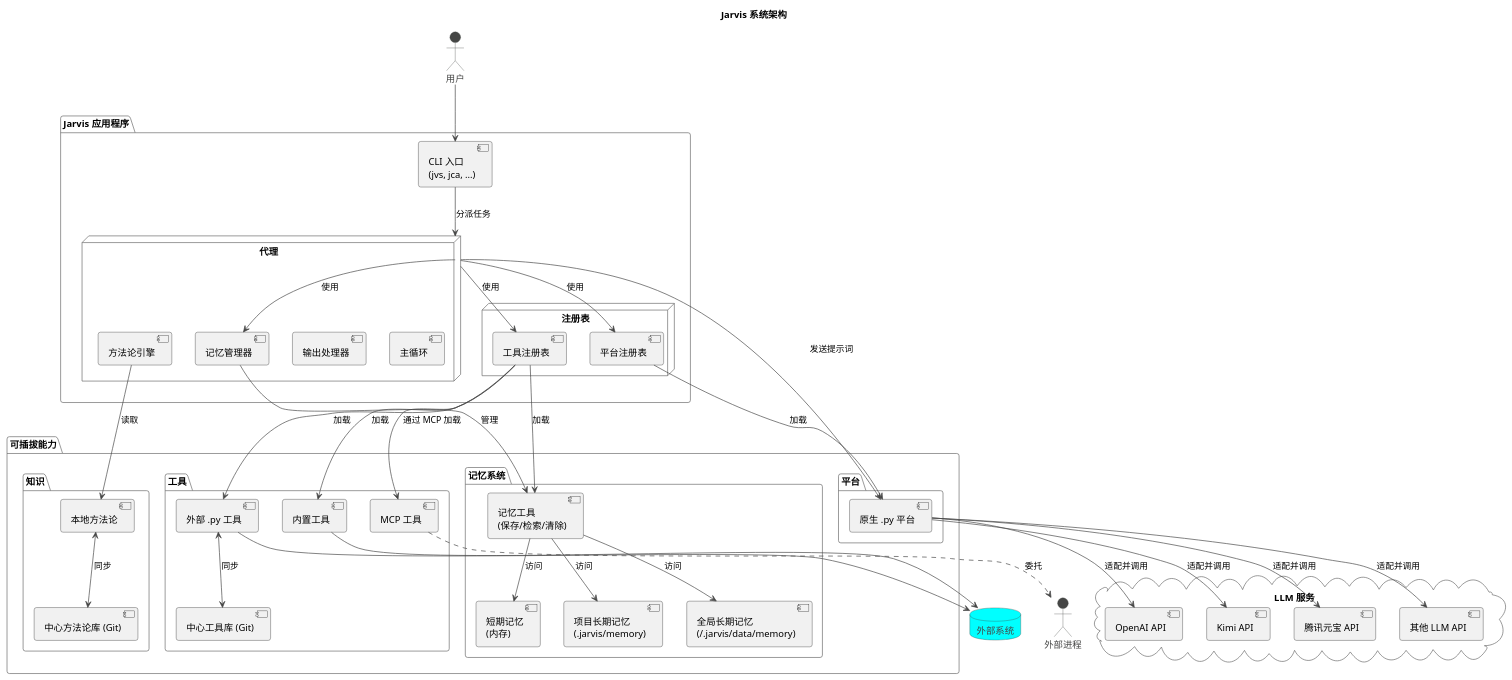
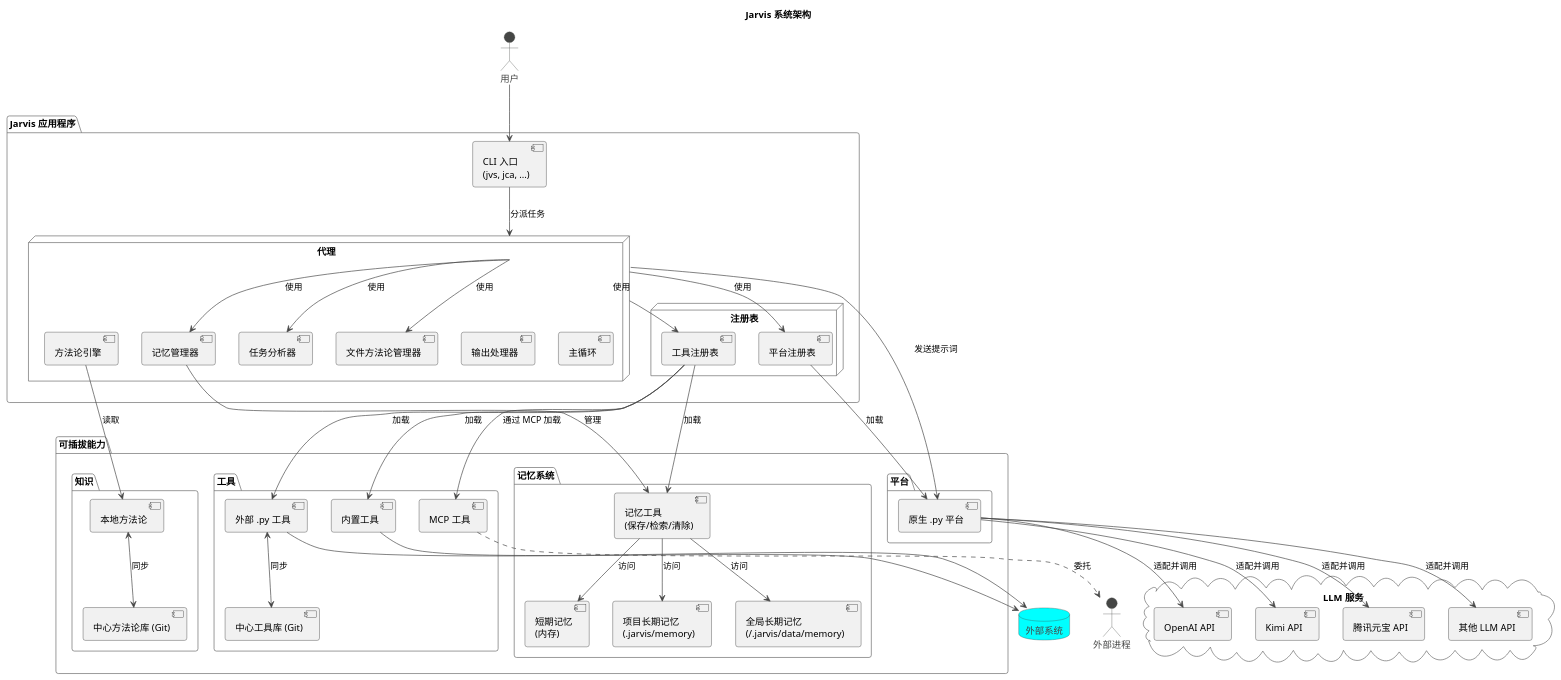
One commit to skyfireitdiy/Jarvis changed the first of 3 diagrams in docs/jarvis_book/3.核心概念与架构.md. Above: the diagram before and after it, drawn with PlantUML. The commit also changed other lines of this file, not shown here.

```diff
--- a/docs/jarvis_book/3.核心概念与架构.md
+++ b/docs/jarvis_book/3.核心概念与架构.md
@@ -82,6 +82,8 @@
         [输出处理器]
         [方法论引擎]
         [记忆管理器]
+        [任务分析器]
+        [文件方法论管理器]
     }
 
     node "注册表" {
@@ -152,6 +154,8 @@
 [记忆工具\n(保存/检索/清除)] --> [全局长期记忆\n(~/.jarvis/data/memory)] : 访问
 
 代理 --> [记忆管理器] : 使用
+代理 --> [任务分析器] : 使用
+代理 --> [文件方法论管理器] : 使用
 工具注册表 --> [记忆工具\n(保存/检索/清除)] : 加载
 
 @enduml
```
